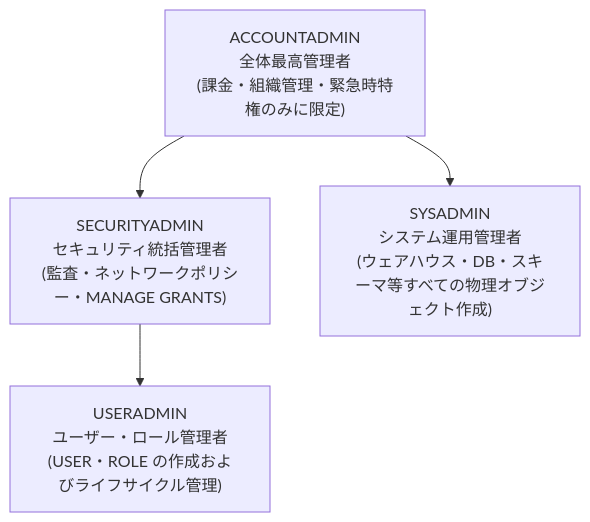
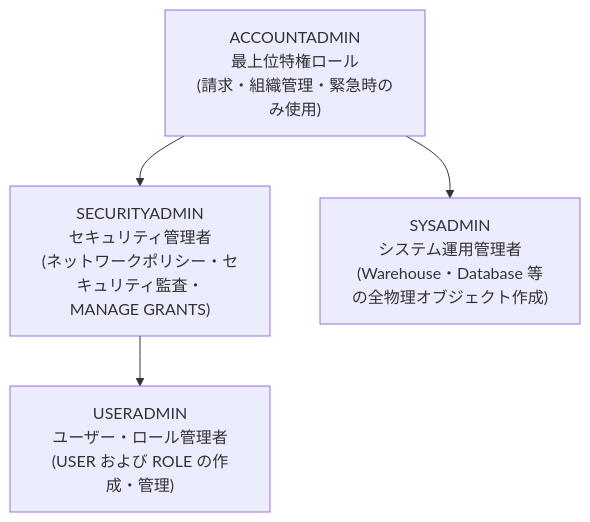
Before and after one commit to BIGMAX-RKO007/snowflakeblog: the diagram in docs/ja/01_snowflake_signup.md, drawn with Mermaid. The commit also changed other lines of this file and 3 other files, not shown here.

````diff
--- a/docs/ja/01_snowflake_signup.md
+++ b/docs/ja/01_snowflake_signup.md
@@ -58,11 +56,11 @@
 ```mermaid
 graph TD
-    AA["ACCOUNTADMIN\n全体最高管理者\n(課金・組織管理・緊急時特権のみに限定)"]
-    SA["SECURITYADMIN\nセキュリティ統括管理者\n(監査・ネットワークポリシー・MANAGE GRANTS)"]
-    UA["USERADMIN\nユーザー・ロール管理者\n(USER・ROLE の作成およびライフサイクル管理)"]
-    SY["SYSADMIN\nシステム運用管理者\n(ウェアハウス・DB・スキーマ等すべての物理オブジェクト作成)"]
+    AA["ACCOUNTADMIN\n最上位特権ロール\n(請求・組織管理・緊急時のみ使用)"]
+    SA["SECURITYADMIN\nセキュリティ管理者\n(ネットワークポリシー・セキュリティ監査・MANAGE GRANTS)"]
+    UA["USERADMIN\nユーザー・ロール管理者\n(USER および ROLE の作成・管理)"]
+    SY["SYSADMIN\nシステム運用管理者\n(Warehouse・Database 等の全物理オブジェクト作成)"]
 
     AA --> SA
     SA --> UA
     AA --> SY
 ```
````
